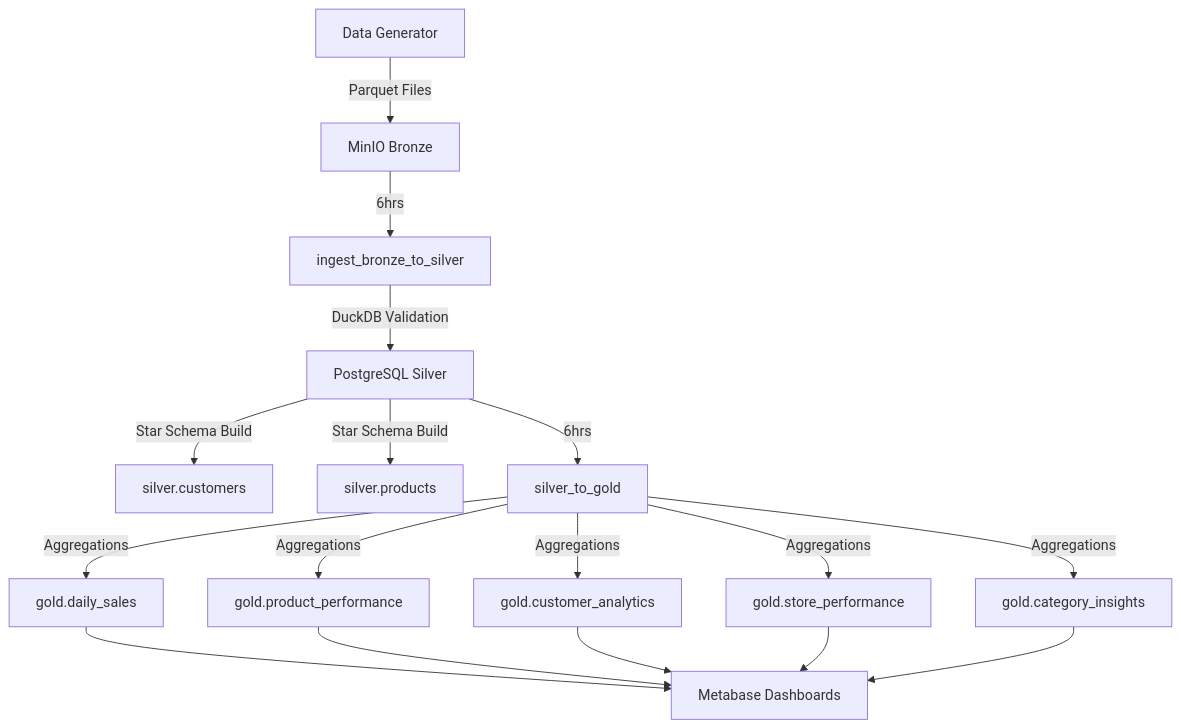
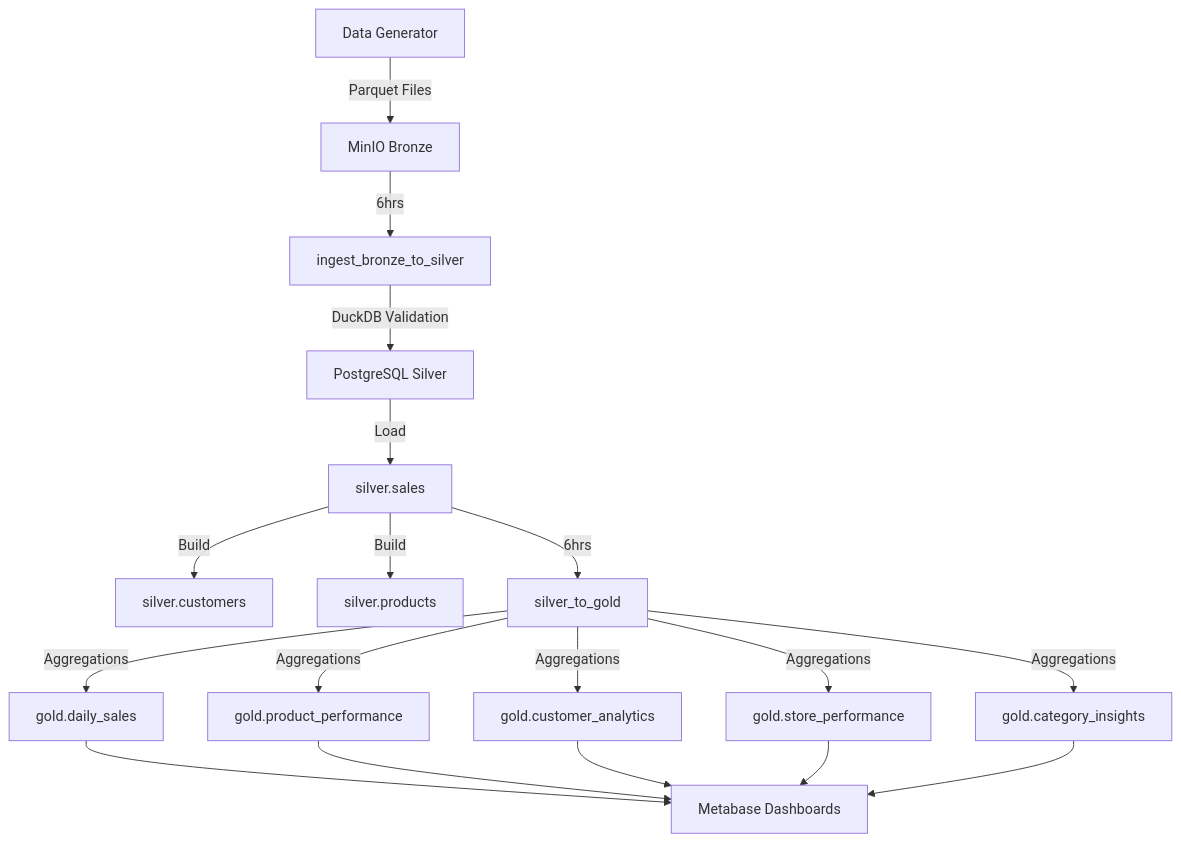
One commit to Airlectric/Amalitech_CI-CD-and-Workflow-Automation_Mini-Data-Mart changed the second of 2 diagrams in README.md. Above: the diagram before and after it, drawn with Mermaid.

Commit message:
correct errors and updated the readme

````diff
--- a/README.md
+++ b/README.md
@@ -183,19 +183,20 @@
 ```mermaid
 flowchart TD
     A[Data Generator] -->|Parquet Files| B[MinIO Bronze]
     B -->|6hrs| C[ingest_bronze_to_silver]
     C -->|DuckDB Validation| D[PostgreSQL Silver]
-    D -->|Star Schema Build| E[silver.customers]
-    D -->|Star Schema Build| F[silver.products]
-    D -->|6hrs| G[silver_to_gold]
-    G -->|Aggregations| H[gold.daily_sales]
-    G -->|Aggregations| I[gold.product_performance]
-    G -->|Aggregations| J[gold.customer_analytics]
-    G -->|Aggregations| K[gold.store_performance]
-    G -->|Aggregations| L[gold.category_insights]
-    H --> M[Metabase Dashboards]
-    I --> M
-    J --> M
-    K --> M
-    L --> M
+    D -->|Load| E[silver.sales]
+    E -->|Build| F[silver.customers]
+    E -->|Build| G[silver.products]
+    E -->|6hrs| H[silver_to_gold]
+    H -->|Aggregations| I[gold.daily_sales]
+    H -->|Aggregations| J[gold.product_performance]
+    H -->|Aggregations| K[gold.customer_analytics]
+    H -->|Aggregations| L[gold.store_performance]
+    H -->|Aggregations| M[gold.category_insights]
+    I --> N[Metabase Dashboards]
+    J --> N
+    K --> N
+    L --> N
+    M --> N
 ```
````
